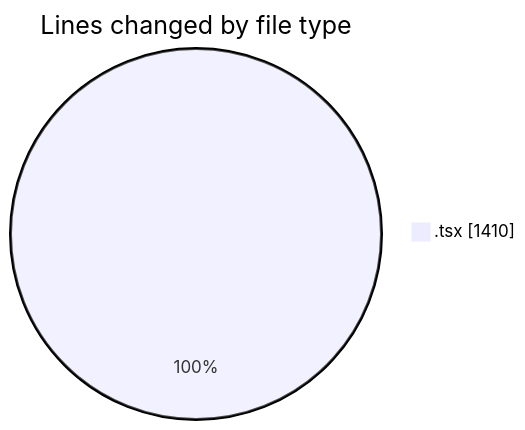
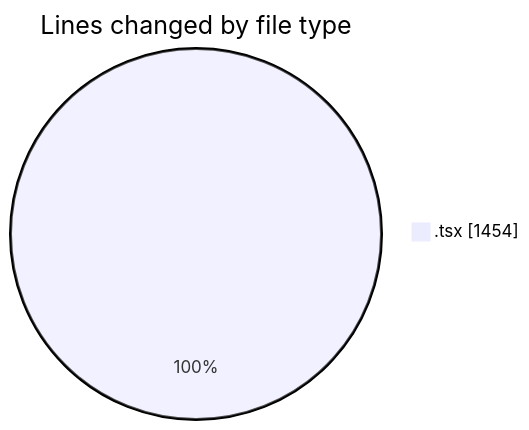
The first of 2 diagrams in 2025-02-12/cda/README.md (momahboobian/code-tracking), drawn with Mermaid before and after one commit. The commit also changed other lines of this file and 1 other file, not shown here.

````diff
--- a/2025-02-12/cda/README.md
+++ b/2025-02-12/cda/README.md
@@ -21,5 +21,5 @@
 ```mermaid
 pie showData
 title Lines changed by file type
-".tsx" : 1410
+".tsx" : 1454
 ```
````
